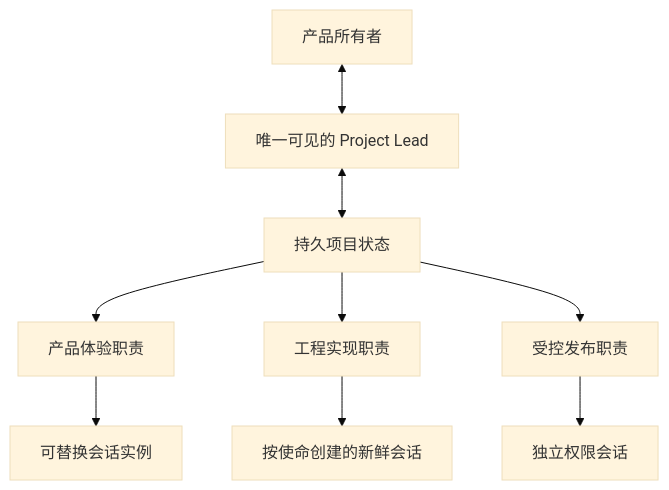
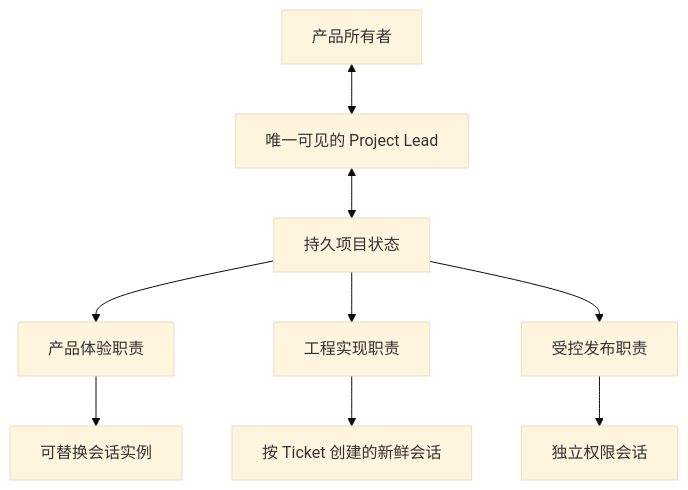
The diagram in playbooks/product-oriented-project-lead.md (thevenomsnake/MAGA), drawn with Mermaid (base theme) before and after one commit. The commit also changed other lines of this file and 14 other files, not shown here.

````diff
--- a/playbooks/product-oriented-project-lead.md
+++ b/playbooks/product-oriented-project-lead.md
@@ -9,11 +9,11 @@
 ```mermaid
 flowchart TD
     U["产品所有者"] <--> L["唯一可见的 Project Lead"]
     L <--> B["持久项目状态"]
     B --> R1["产品体验职责"]
     B --> R2["工程实现职责"]
     B --> R3["受控发布职责"]
     R1 --> S1["可替换会话实例"]
-    R2 --> S2["按使命创建的新鲜会话"]
+    R2 --> S2["按 Ticket 创建的新鲜会话"]
     R3 --> S3["独立权限会话"]
 ```
````
